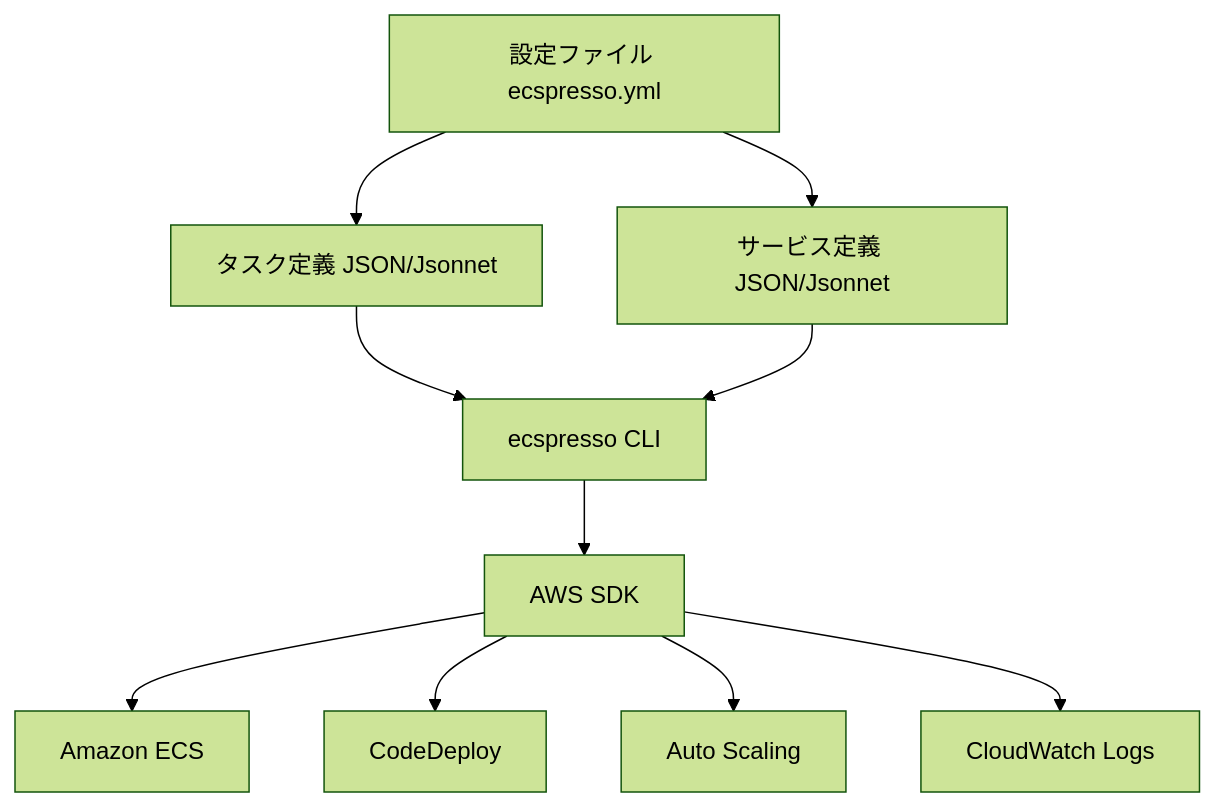
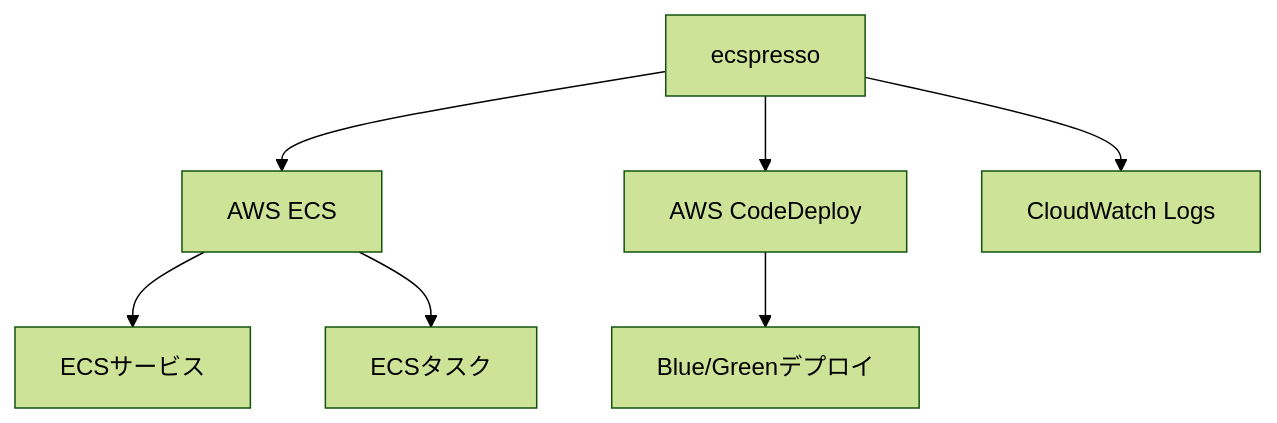
Before and after one commit to bufferings/devin-docs: the first of 2 diagrams in ecspresso/introduction/about.md, drawn with Mermaid (forest theme). The commit also changed other lines of this file and 12 other files, not shown here.

````diff
--- a/ecspresso/introduction/about.md
+++ b/ecspresso/introduction/about.md
@@ -28,12 +24,9 @@
 ```mermaid
 graph TD
-    A[設定ファイル ecspresso.yml] --> B[タスク定義 JSON/Jsonnet]
-    A --> C[サービス定義 JSON/Jsonnet]
-    B --> D[ecspresso CLI]
-    C --> D
-    D --> E[AWS SDK]
-    E --> F[Amazon ECS]
-    E --> G[CodeDeploy]
-    E --> H[Auto Scaling]
-    E --> I[CloudWatch Logs]
+  A[ecspresso] --> B[AWS ECS]
+  A --> C[AWS CodeDeploy]
+  A --> D[CloudWatch Logs]
+  B --> E[ECSサービス]
+  B --> F[ECSタスク]
+  C --> G[Blue/Greenデプロイ]
 ```
````
